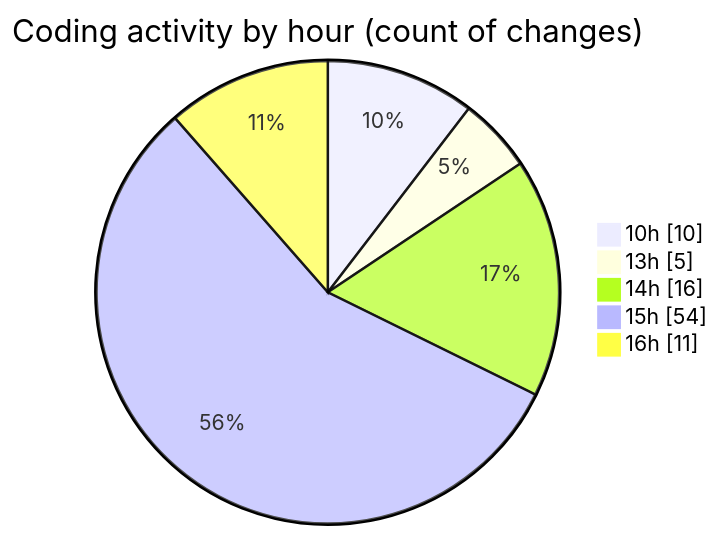
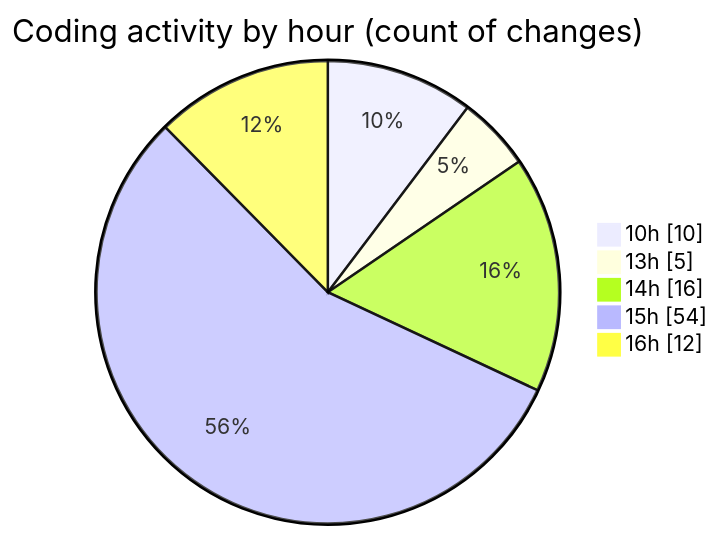
Before and after one commit to nxtqubesakshisongat/code-tracking: the second of 2 diagrams in 2025-07-30/nxtqube_webapp/README.md, drawn with Mermaid. The commit also changed other lines of this file and 1 other file, not shown here.

````diff
--- a/2025-07-30/nxtqube_webapp/README.md
+++ b/2025-07-30/nxtqube_webapp/README.md
@@ -36,9 +36,9 @@
 ```mermaid
 pie showData
 title Coding activity by hour (count of changes)
 "10h" : 10
 "13h" : 5
 "14h" : 16
 "15h" : 54
-"16h" : 11
+"16h" : 12
 ```
````
